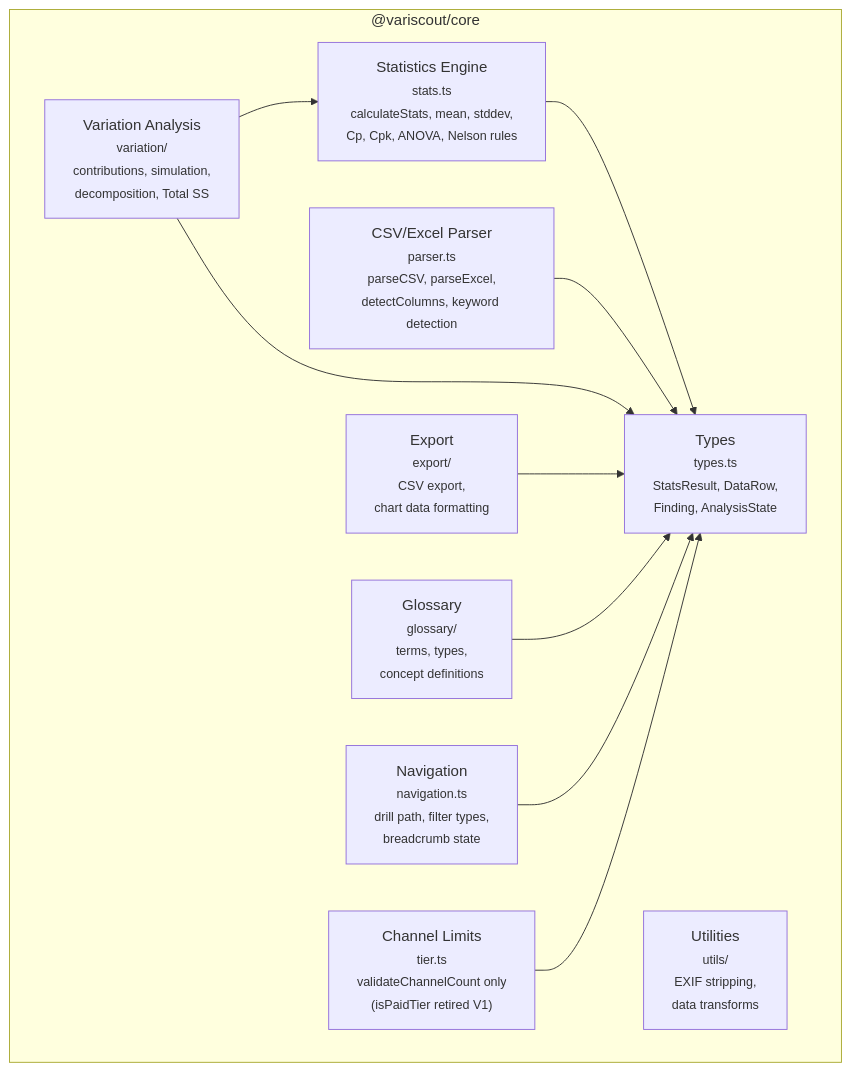
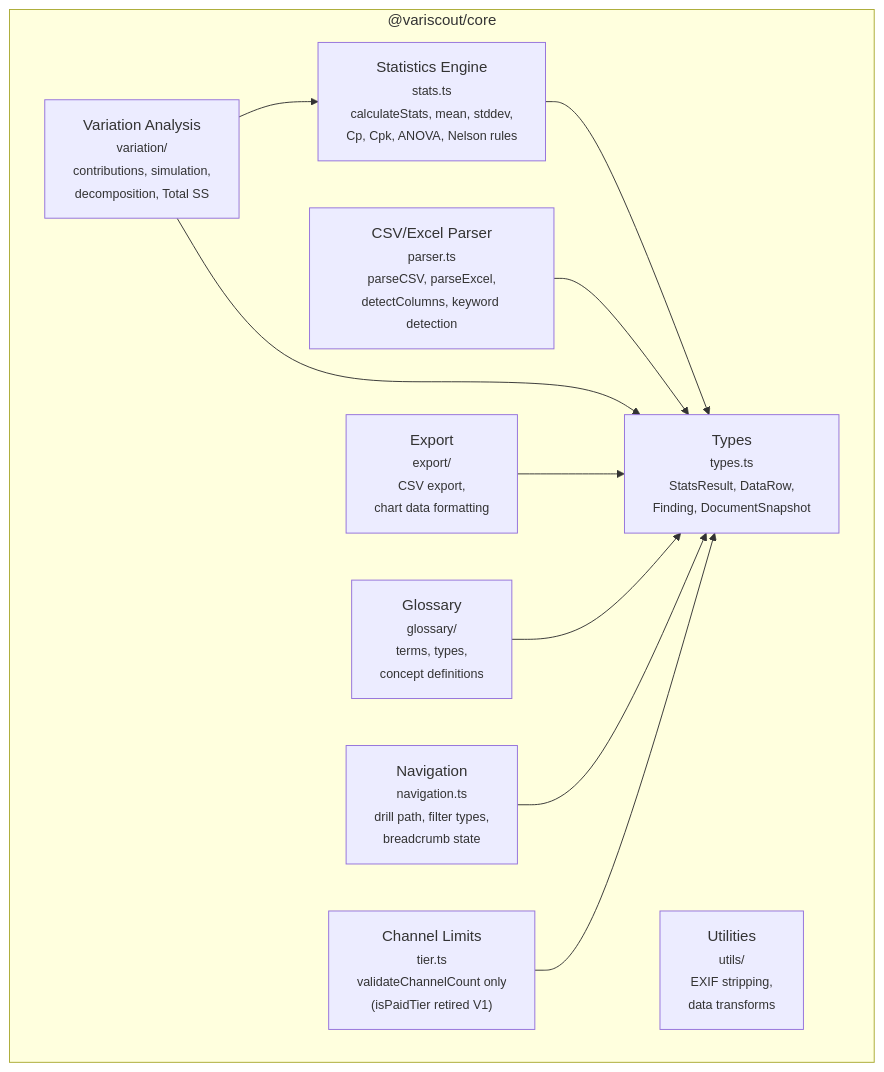
The second of 8 diagrams in docs/05-technical/architecture/component-map.md (jukka-matti/variscout), drawn with Mermaid before and after one commit. The commit also changed 33 other files, not shown here.

Commit message:
Recalibrate refactoring roadmap docs

````diff
--- a/docs/05-technical/architecture/component-map.md
+++ b/docs/05-technical/architecture/component-map.md
@@ -96,23 +96,23 @@
 ```mermaid
 flowchart TB
     subgraph core["@variscout/core"]
         stats["Statistics Engine<br/><small>stats.ts</small><br/><small>calculateStats, mean, stddev,<br/>Cp, Cpk, ANOVA, Nelson rules</small>"]
         parser["CSV/Excel Parser<br/><small>parser.ts</small><br/><small>parseCSV, parseExcel,<br/>detectColumns, keyword detection</small>"]
         tier["Channel Limits<br/><small>tier.ts</small><br/><small>validateChannelCount only<br/>(isPaidTier retired V1)</small>"]
         nav["Navigation<br/><small>navigation.ts</small><br/><small>drill path, filter types,<br/>breadcrumb state</small>"]
-        types["Types<br/><small>types.ts</small><br/><small>StatsResult, DataRow,<br/>Finding, AnalysisState</small>"]
+        types["Types<br/><small>types.ts</small><br/><small>StatsResult, DataRow,<br/>Finding, DocumentSnapshot</small>"]
         variation["Variation Analysis<br/><small>variation/</small><br/><small>contributions, simulation,<br/>decomposition, Total SS</small>"]
         glossary["Glossary<br/><small>glossary/</small><br/><small>terms, types,<br/>concept definitions</small>"]
         export["Export<br/><small>export/</small><br/><small>CSV export,<br/>chart data formatting</small>"]
         utils["Utilities<br/><small>utils/</small><br/><small>EXIF stripping,<br/>data transforms</small>"]
     end
 
     stats --> types
     parser --> types
     variation --> stats
     variation --> types
     export --> types
     glossary --> types
     nav --> types
     tier --> types
 ```
````
